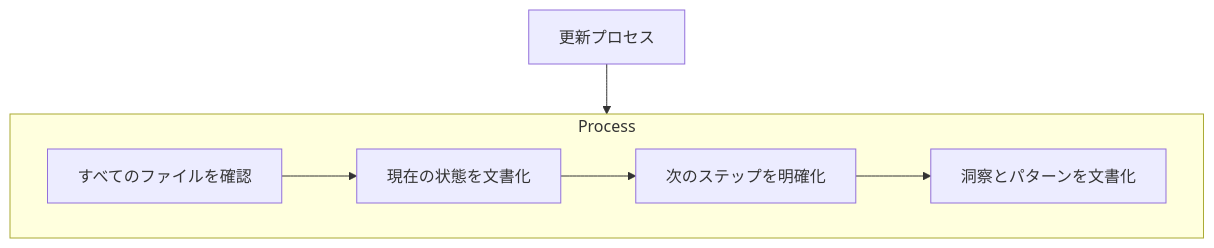
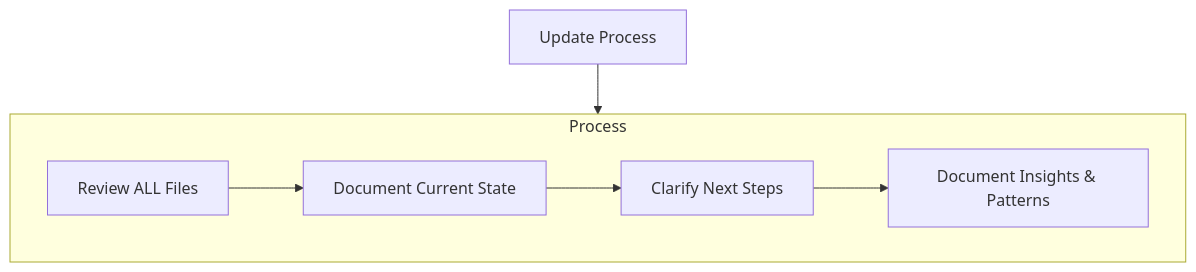
The fourth of 4 diagrams in .clinerules/01-memory-bank.md (iimuz/agent-rules), drawn with Mermaid before and after one commit. The commit also changed other lines of this file and 4 other files, not shown here.

````diff
--- a/.clinerules/01-memory-bank.md
+++ b/.clinerules/01-memory-bank.md
@@ -106,15 +106,15 @@
 ```mermaid
 flowchart TD
-Start[更新プロセス]
+Start[Update Process]
 
     subgraph Process
-        P1[すべてのファイルを確認]
-        P2[現在の状態を文書化]
-        P3[次のステップを明確化]
-        P4[洞察とパターンを文書化]
+        P1[Review ALL Files]
+        P2[Document Current State]
+        P3[Clarify Next Steps]
+        P4[Document Insights & Patterns]
 
         P1 --> P2 --> P3 --> P4
     end
 
     Start --> Process
 ```
````
